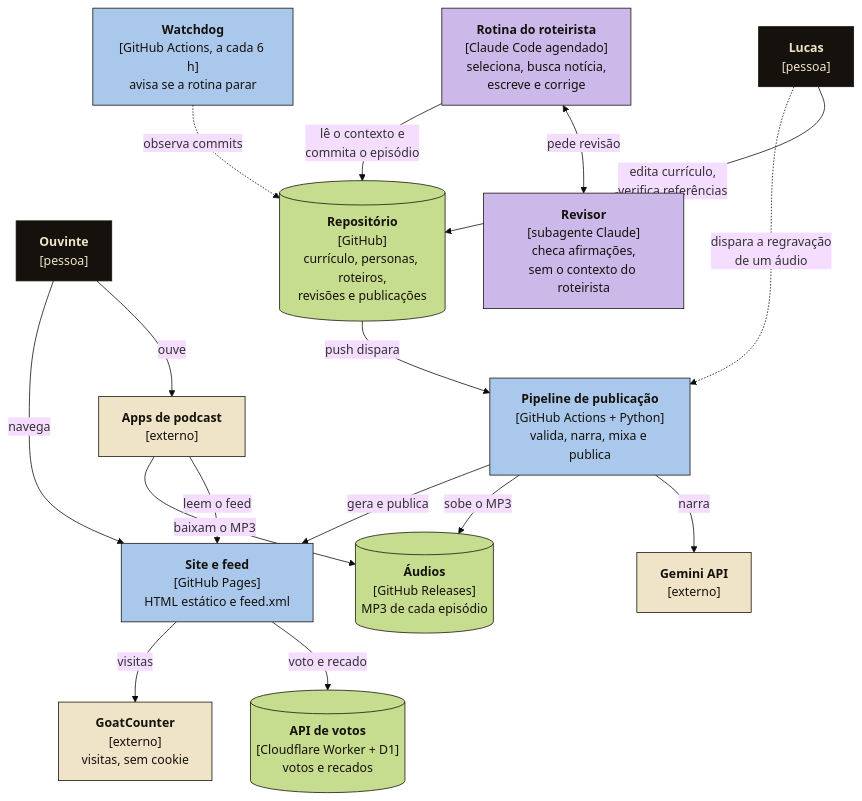
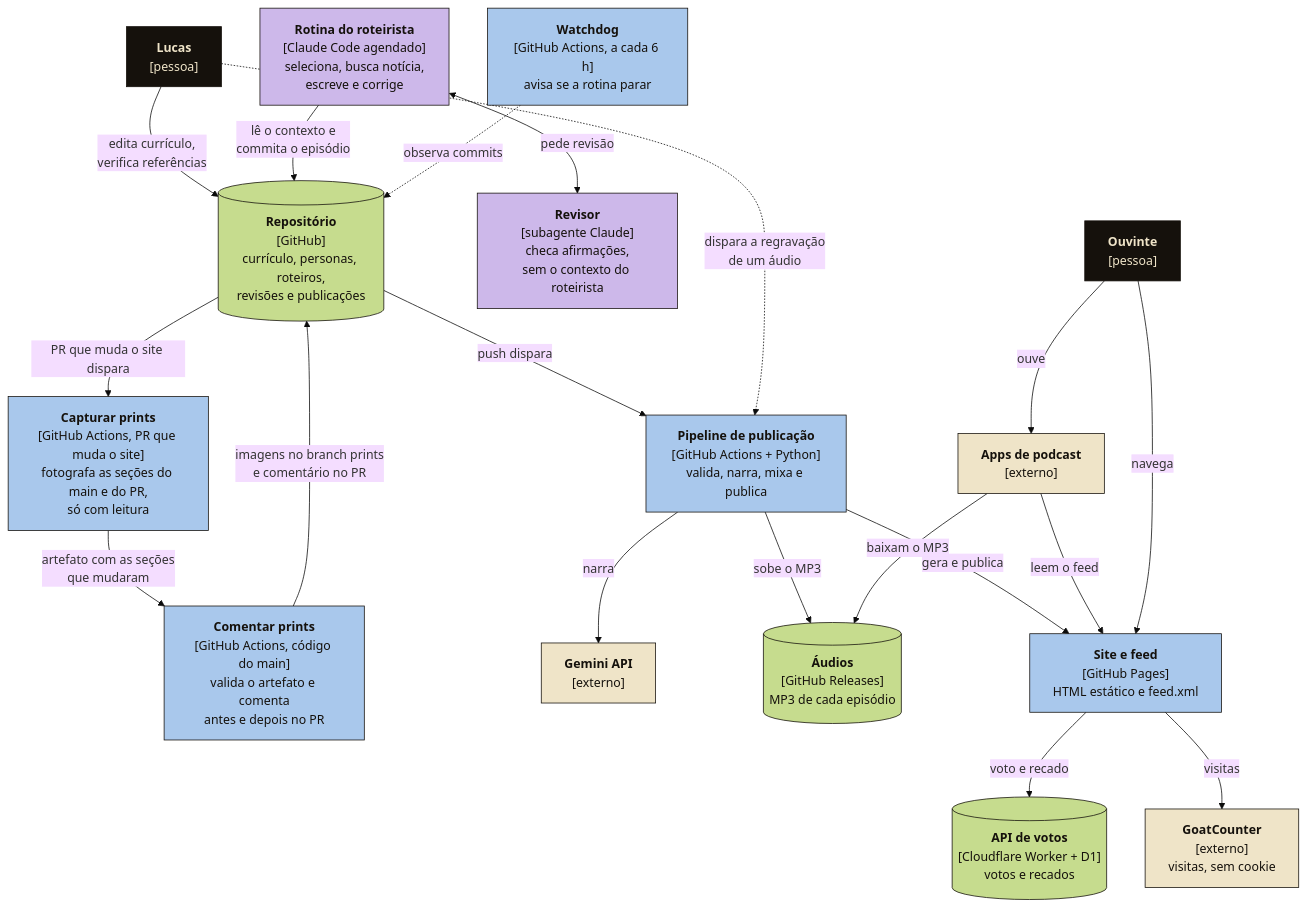
Before and after one commit to lucas-jdev/pebacast: the second of 2 diagrams in docs/c4-negocio.md, drawn with Mermaid (base theme). The commit also changed other lines of this file and 10 other files, not shown here.

First line of the commit message:
Gera e comenta sozinho os prints de antes e depois nos PRs do site (#25)

````diff
--- a/docs/c4-negocio.md
+++ b/docs/c4-negocio.md
@@ -44,43 +44,48 @@
 ```mermaid
 flowchart TB
     classDef pessoa fill:#15110c,stroke:#15110c,color:#efe4c8
     classDef ia fill:#cdb8ea,stroke:#15110c,color:#15110c
     classDef conteiner fill:#a9c8ec,stroke:#15110c,color:#15110c
     classDef dados fill:#c6dc8e,stroke:#15110c,color:#15110c
     classDef externo fill:#efe4c8,stroke:#15110c,color:#15110c
 
     lucas["<b>Lucas</b><br/>[pessoa]"]:::pessoa
     ouvinte["<b>Ouvinte</b><br/>[pessoa]"]:::pessoa
 
     revisor["<b>Revisor</b><br/>[subagente Claude]<br/>checa afirmações,<br/>sem o contexto do roteirista"]:::ia
     rotina["<b>Rotina do roteirista</b><br/>[Claude Code agendado]<br/>seleciona, busca notícia,<br/>escreve e corrige"]:::ia
     watchdog["<b>Watchdog</b><br/>[GitHub Actions, a cada 6 h]<br/>avisa se a rotina parar"]:::conteiner
+    capturar["<b>Capturar prints</b><br/>[GitHub Actions, PR que muda o site]<br/>fotografa as seções do main e do PR,<br/>só com leitura"]:::conteiner
+    comentar["<b>Comentar prints</b><br/>[GitHub Actions, código do main]<br/>valida o artefato e comenta<br/>antes e depois no PR"]:::conteiner
 
     repo[("<b>Repositório</b><br/>[GitHub]<br/>currículo, personas, roteiros,<br/>revisões e publicações")]:::dados
 
     pipeline["<b>Pipeline de publicação</b><br/>[GitHub Actions + Python]<br/>valida, narra, mixa e publica"]:::conteiner
     gemini["<b>Gemini API</b><br/>[externo]"]:::externo
 
     audio[("<b>Áudios</b><br/>[GitHub Releases]<br/>MP3 de cada episódio")]:::dados
     site["<b>Site e feed</b><br/>[GitHub Pages]<br/>HTML estático e feed.xml"]:::conteiner
     votos[("<b>API de votos</b><br/>[Cloudflare Worker + D1]<br/>votos e recados")]:::dados
 
     apps["<b>Apps de podcast</b><br/>[externo]"]:::externo
     goat["<b>GoatCounter</b><br/>[externo]<br/>visitas, sem cookie"]:::externo
 
     lucas -- "edita currículo,<br/>verifica referências" --> repo
     rotina <-- "pede revisão" --> revisor
     rotina -- "lê o contexto e<br/>commita o episódio" --> repo
     watchdog -. "observa commits" .-> repo
+    repo -- "PR que muda o site dispara" --> capturar
+    capturar -- "artefato com as seções<br/>que mudaram" --> comentar
+    comentar -- "imagens no branch prints<br/>e comentário no PR" --> repo
     repo -- "push dispara" --> pipeline
     lucas -. "dispara a regravação<br/>de um áudio" .-> pipeline
     pipeline -- "narra" --> gemini
     pipeline -- "sobe o MP3" --> audio
     pipeline -- "gera e publica" --> site
     site -- "voto e recado" --> votos
     site -- "visitas" --> goat
     apps -- "leem o feed" --> site
     apps -- "baixam o MP3" --> audio
     ouvinte -- "ouve" --> apps
     ouvinte -- "navega" --> site
 ```
````
